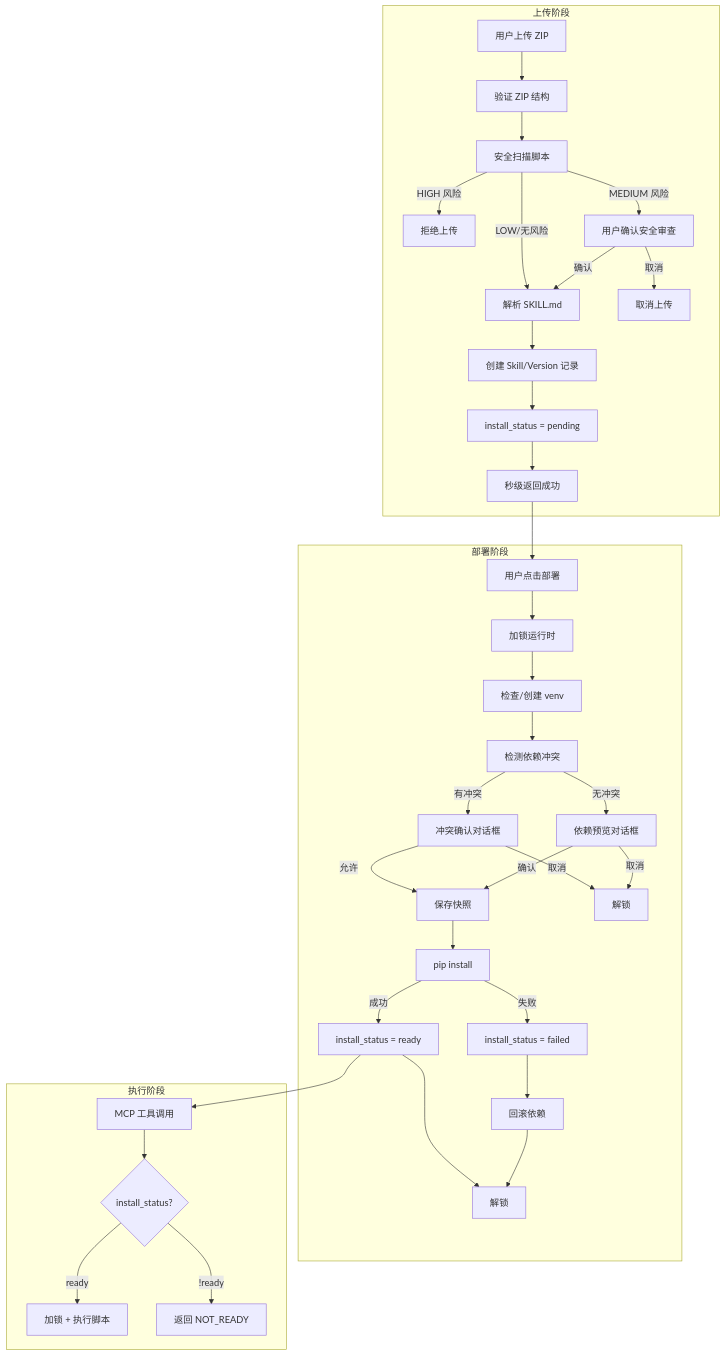
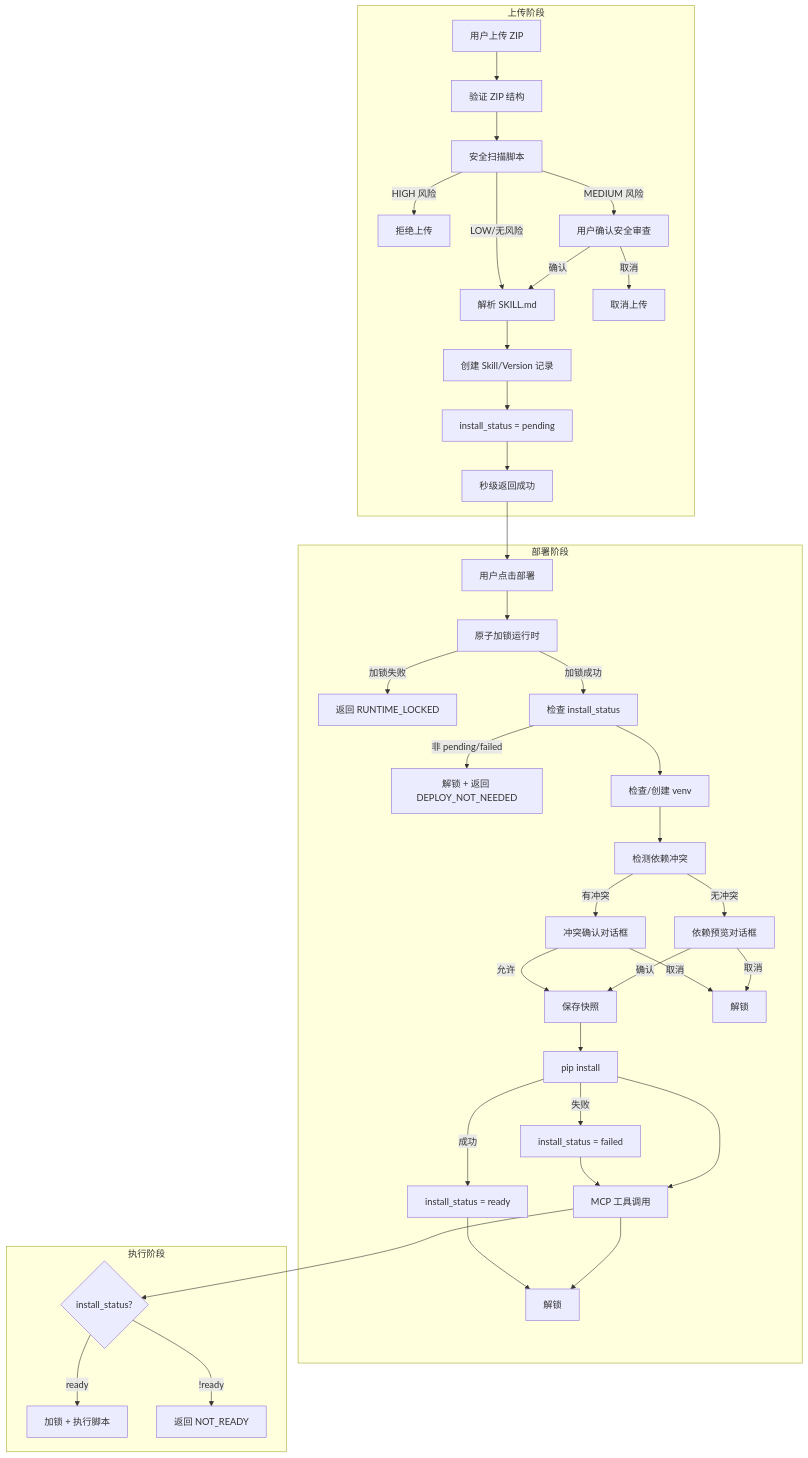
One commit to jiabai/open-skillhub changed the diagram in docs/user-runtime-environment/04-core-flows.md. Above: the diagram before and after it, drawn with Mermaid. The commit also changed other lines of this file and 11 other files, not shown here.

````diff
--- a/docs/user-runtime-environment/04-core-flows.md
+++ b/docs/user-runtime-environment/04-core-flows.md
@@ -12,41 +12,44 @@
 ```mermaid
 graph TD
     subgraph 上传阶段
         A[用户上传 ZIP] --> B[验证 ZIP 结构]
         B --> C[安全扫描脚本]
         C -->|HIGH 风险| D[拒绝上传]
         C -->|MEDIUM 风险| E[用户确认安全审查]
         C -->|LOW/无风险| F[解析 SKILL.md]
         E -->|确认| F
         E -->|取消| G[取消上传]
         F --> H[创建 Skill/Version 记录]
         H --> I[install_status = pending]
         I --> J[秒级返回成功]
     end
 
     subgraph 部署阶段
         J --> K[用户点击部署]
-        K --> L[加锁运行时]
-        L --> M[检查/创建 venv]
-        M --> N[检测依赖冲突]
-        N -->|有冲突| O[冲突确认对话框]
-        N -->|无冲突| P[依赖预览对话框]
-        O -->|允许| Q[保存快照]
-        O -->|取消| R[解锁]
-        P -->|确认| Q
-        P -->|取消| R
-        Q --> S[pip install]
-        S -->|成功| T[install_status = ready]
-        S -->|失败| U[install_status = failed]
-        T --> V[解锁]
-        U --> W[回滚依赖]
-        W --> V
+        K --> L[原子加锁运行时]
+        L -->|加锁失败| LA[返回 RUNTIME_LOCKED]
+        L -->|加锁成功| M[检查 install_status]
+        M -->|非 pending/failed| MB[解锁 + 返回 DEPLOY_NOT_NEEDED]
+        M --> N[检查/创建 venv]
+        N --> O[检测依赖冲突]
+        O -->|有冲突| P[冲突确认对话框]
+        O -->|无冲突| Q[依赖预览对话框]
+        P -->|允许| R[保存快照]
+        P -->|取消| S[解锁]
+        Q -->|确认| R
+        Q -->|取消| S
+        R --> T[pip install]
+        T -->|成功| U[install_status = ready]
+        T -->|失败| V[install_status = failed]
+        U --> W[解锁]
+        V --> X[回滚依赖]
+        X --> W
     end
 
     subgraph 执行阶段
         T --> X[MCP 工具调用]
         X --> Y{install_status?}
         Y -->|ready| Z[加锁 + 执行脚本]
         Y -->|!ready| AA[返回 NOT_READY]
     end
 ```
````
